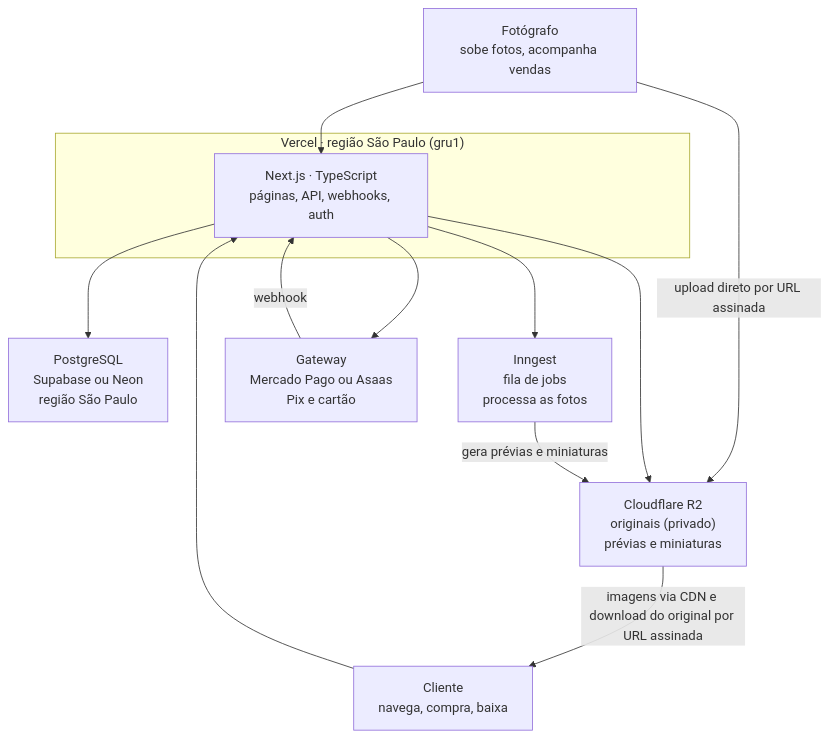
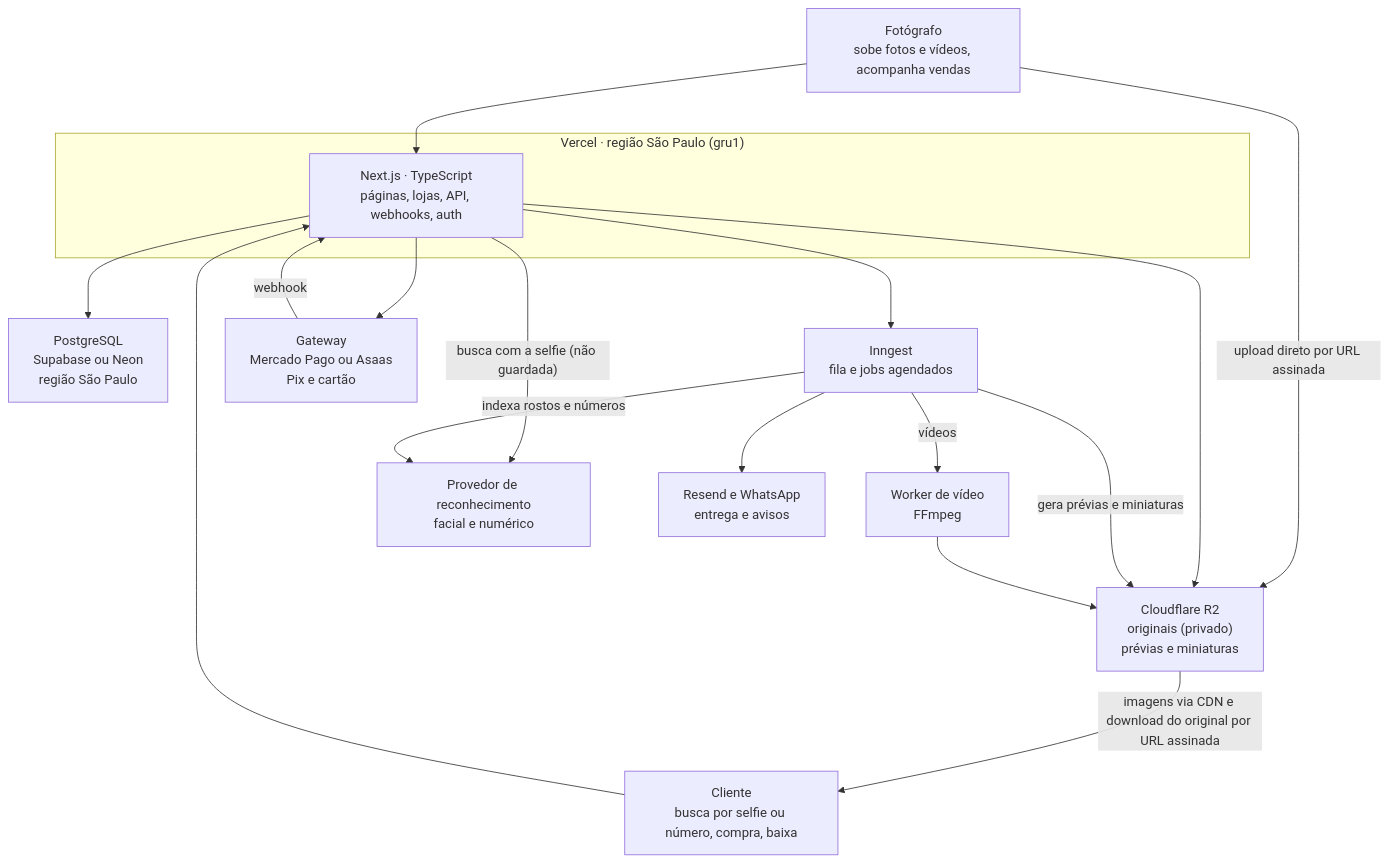
Before and after one commit to gamaral203/ClickAI: the diagram in docs/arquitetura.md, drawn with Mermaid. The commit also changed other lines of this file and 5 other files, not shown here.

First line of the commit message:
docs: atualiza arquitetura, riscos e tarefas com busca, vídeo e recursos de venda

````diff
--- a/docs/arquitetura.md
+++ b/docs/arquitetura.md
@@ -48,25 +59,33 @@
 ```mermaid
 flowchart TB
-    F["Fotógrafo<br/>sobe fotos, acompanha vendas"]
-    C["Cliente<br/>navega, compra, baixa"]
+    F["Fotógrafo<br/>sobe fotos e vídeos, acompanha vendas"]
+    C["Cliente<br/>busca por selfie ou número, compra, baixa"]
 
     subgraph V["Vercel · região São Paulo (gru1)"]
-        N["Next.js · TypeScript<br/>páginas, API, webhooks, auth"]
+        N["Next.js · TypeScript<br/>páginas, lojas, API, webhooks, auth"]
     end
 
     R2["Cloudflare R2<br/>originais (privado)<br/>prévias e miniaturas"]
     DB["PostgreSQL<br/>Supabase ou Neon<br/>região São Paulo"]
-    I["Inngest<br/>fila de jobs<br/>processa as fotos"]
+    I["Inngest<br/>fila e jobs agendados"]
+    W["Worker de vídeo<br/>FFmpeg"]
+    RF["Provedor de reconhecimento<br/>facial e numérico"]
     G["Gateway<br/>Mercado Pago ou Asaas<br/>Pix e cartão"]
+    M["Resend e WhatsApp<br/>entrega e avisos"]
 
     F --> N
     F -- "upload direto por URL assinada" --> R2
     C --> N
     N --> R2
     N --> DB
     N --> I
+    N -- "busca com a selfie (não guardada)" --> RF
     N --> G
     G -- webhook --> N
     I -- "gera prévias e miniaturas" --> R2
+    I -- "vídeos" --> W
+    W --> R2
+    I -- "indexa rostos e números" --> RF
+    I --> M
     R2 -- "imagens via CDN e download do original por URL assinada" --> C
 ```
````
